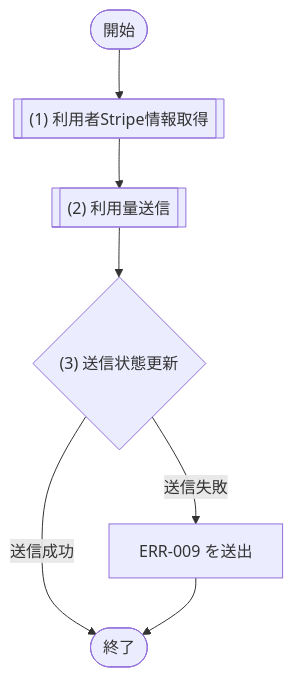
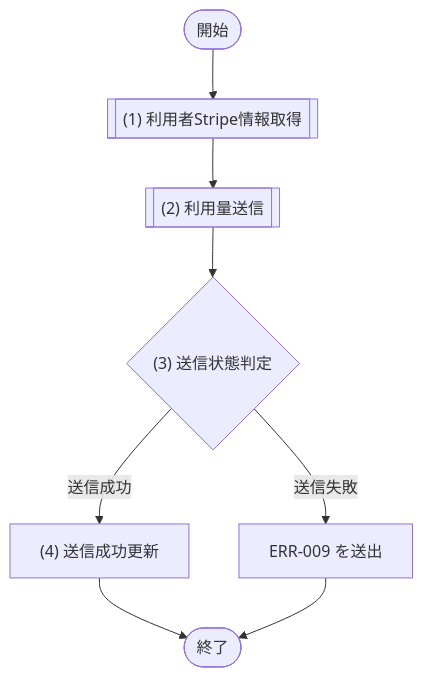
One commit to sikakou54/system-document-template changed the sixth of 6 diagrams in docs/03_機能設計/05_モジュール設計/MOD-007_課金サービス.md. Above: the diagram before and after it, drawn with Mermaid. The commit also changed other lines of this file and 15 other files, not shown here.

````diff
--- a/docs/03_機能設計/05_モジュール設計/MOD-007_課金サービス.md
+++ b/docs/03_機能設計/05_モジュール設計/MOD-007_課金サービス.md
@@ -694,13 +785,14 @@
 ```mermaid
 flowchart TD
   Start([開始])
   P1[["(1) 利用者Stripe情報取得"]]
   P2[["(2) 利用量送信"]]
-  D1{"(3) 送信状態更新"}
+  D1{"(3) 送信状態判定"}
+  P3["(4) 送信成功更新"]
   E1["ERR-009 を送出"]
   End([終了])
 
   Start --> P1 --> P2 --> D1
-  D1 -- "送信成功" --> End
+  D1 -- "送信成功" --> P3 --> End
   D1 -- "送信失敗" --> E1 --> End
 ```
````
